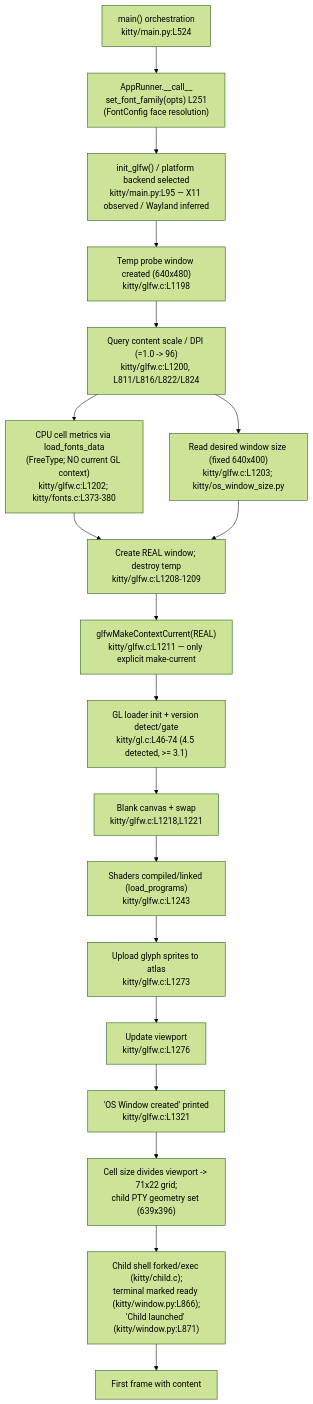
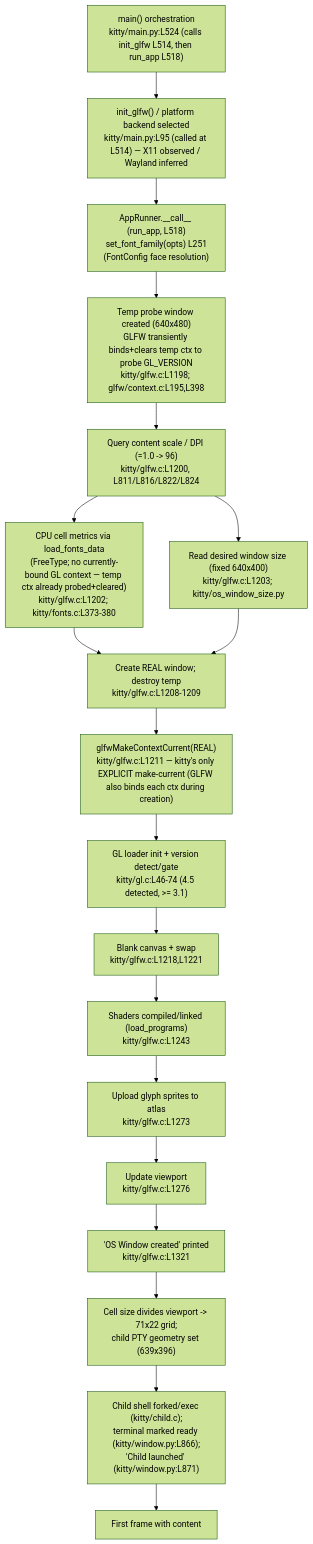
Before and after one commit to blitzy-research/kitty: the diagram in blitzy/documentation/kitty_815df1e210e0.md, drawn with Mermaid (forest theme). The commit also changed other lines of this file, not shown here.

First line of the commit message:
docs(kitty startup): address QA findings F-01..F-15 in early-startup trace

````diff
--- a/blitzy/documentation/kitty_815df1e210e0.md
+++ b/blitzy/documentation/kitty_815df1e210e0.md
@@ -744,22 +896,22 @@
 ```mermaid
 graph TD
-    A["main() orchestration<br/>kitty/main.py:L524"] --> RUN["AppRunner.__call__<br/>set_font_family(opts) L251<br/>(FontConfig face resolution)"]
-    RUN --> B["init_glfw() / platform backend selected<br/>kitty/main.py:L95 — X11 observed / Wayland inferred"]
-    B --> C["Temp probe window created (640x480)<br/>kitty/glfw.c:L1198"]
+    A["main() orchestration<br/>kitty/main.py:L524 (calls init_glfw L514, then run_app L518)"] --> B["init_glfw() / platform backend selected<br/>kitty/main.py:L95 (called at L514) — X11 observed / Wayland inferred"]
+    B --> RUN["AppRunner.__call__ (run_app, L518)<br/>set_font_family(opts) L251<br/>(FontConfig face resolution)"]
+    RUN --> C["Temp probe window created (640x480)<br/>GLFW transiently binds+clears temp ctx to probe GL_VERSION<br/>kitty/glfw.c:L1198; glfw/context.c:L195,L398"]
     C --> D["Query content scale / DPI (=1.0 -> 96)<br/>kitty/glfw.c:L1200, L811/L816/L822/L824"]
-    D --> E["CPU cell metrics via load_fonts_data<br/>(FreeType; NO current GL context)<br/>kitty/glfw.c:L1202; kitty/fonts.c:L373-380"]
+    D --> E["CPU cell metrics via load_fonts_data<br/>(FreeType; no currently-bound GL context — temp ctx already probed+cleared)<br/>kitty/glfw.c:L1202; kitty/fonts.c:L373-380"]
     D --> F["Read desired window size (fixed 640x400)<br/>kitty/glfw.c:L1203; kitty/os_window_size.py"]
     E --> G["Create REAL window; destroy temp<br/>kitty/glfw.c:L1208-1209"]
     F --> G
-    G --> H["glfwMakeContextCurrent(REAL)<br/>kitty/glfw.c:L1211 — only explicit make-current"]
+    G --> H["glfwMakeContextCurrent(REAL)<br/>kitty/glfw.c:L1211 — kitty's only EXPLICIT make-current (GLFW also binds each ctx during creation)"]
     H --> I["GL loader init + version detect/gate<br/>kitty/gl.c:L46-74 (4.5 detected, >= 3.1)"]
     I --> J["Blank canvas + swap<br/>kitty/glfw.c:L1218,L1221"]
     J --> K["Shaders compiled/linked (load_programs)<br/>kitty/glfw.c:L1243"]
     K --> L["Upload glyph sprites to atlas<br/>kitty/glfw.c:L1273"]
     L --> M["Update viewport<br/>kitty/glfw.c:L1276"]
     M --> N["'OS Window created' printed<br/>kitty/glfw.c:L1321"]
     N --> O["Cell size divides viewport -> 71x22 grid;<br/>child PTY geometry set (639x396)"]
     O --> P["Child shell forked/exec (kitty/child.c);<br/>terminal marked ready (kitty/window.py:L866);<br/>'Child launched' (kitty/window.py:L871)"]
     P --> Q["First frame with content"]
 %% A window+DPI must exist before CPU cell metrics; GL context is needed only to UPLOAD/DRAW the glyphs, not to COMPUTE the cell size.
 ```
````
